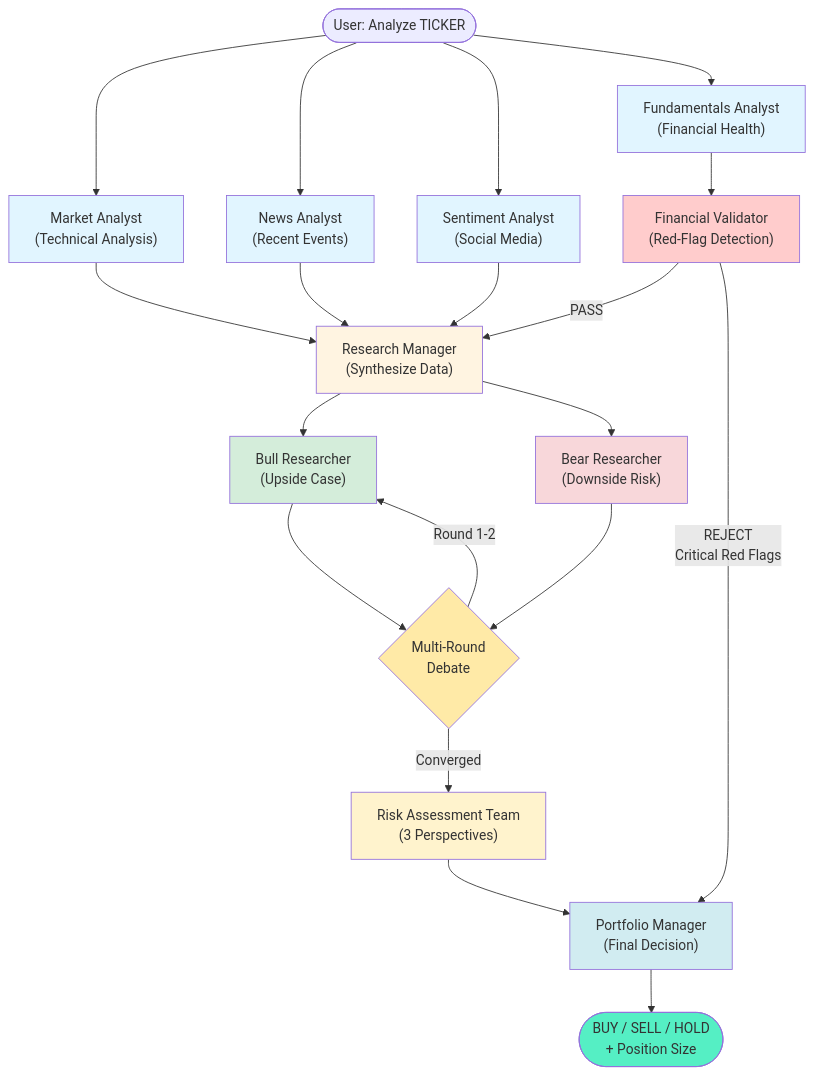
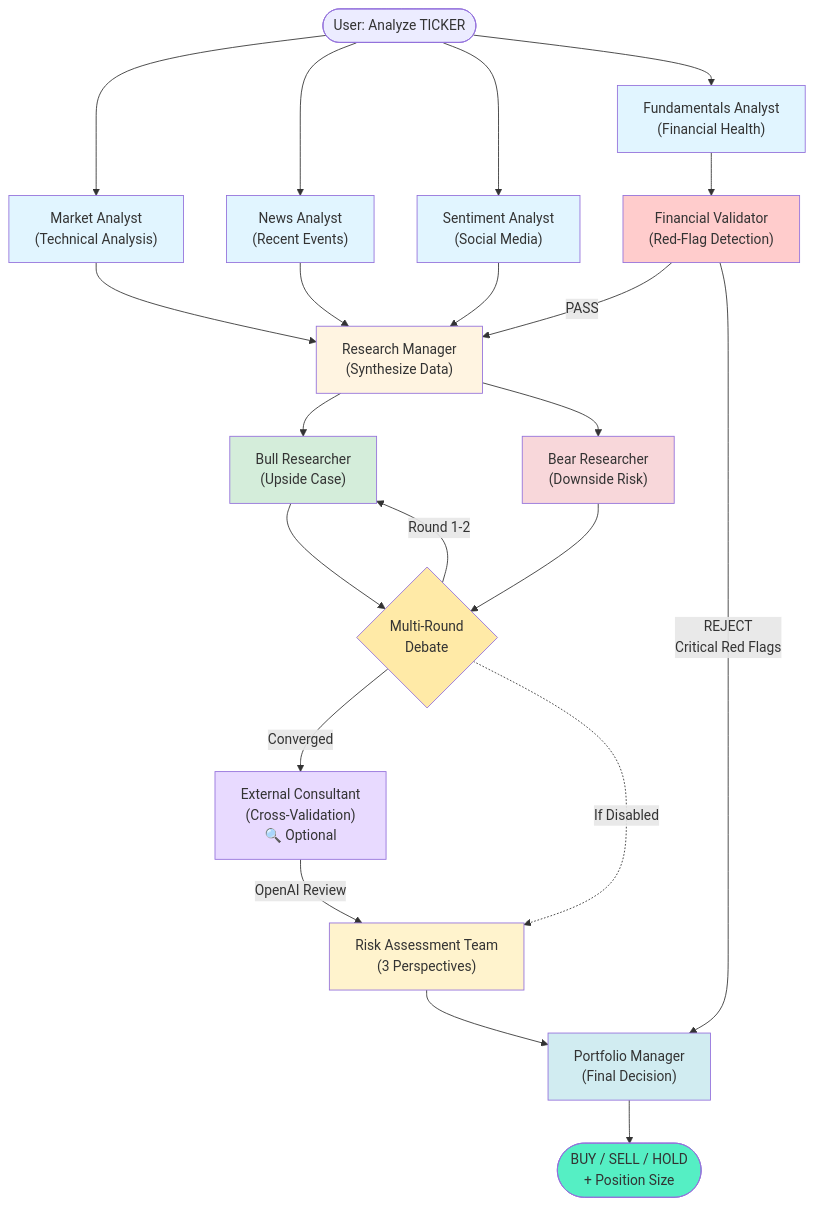
One commit to rgoerwit/ai-investment-agent changed the diagram in README.md. Above: the diagram before and after it, drawn with Mermaid. The commit also changed other lines of this file and 19 other files, not shown here.

````diff
--- a/README.md
+++ b/README.md
@@ -40,41 +40,45 @@
 ```mermaid
 graph TB
     Start([User: Analyze TICKER]) --> MarketAnalyst["Market Analyst<br/>(Technical Analysis)"]
     Start --> NewsAnalyst["News Analyst<br/>(Recent Events)"]
     Start --> SentimentAnalyst["Sentiment Analyst<br/>(Social Media)"]
     Start --> FundamentalsAnalyst["Fundamentals Analyst<br/>(Financial Health)"]
 
     MarketAnalyst --> ResearchManager["Research Manager<br/>(Synthesize Data)"]
     NewsAnalyst --> ResearchManager
     SentimentAnalyst --> ResearchManager
     FundamentalsAnalyst --> Validator["Financial Validator<br/>(Red-Flag Detection)"]
 
     Validator -->|PASS| ResearchManager
     Validator -->|REJECT<br/>Critical Red Flags| PortfolioManager["Portfolio Manager<br/>(Final Decision)"]
 
     ResearchManager --> BullResearcher["Bull Researcher<br/>(Upside Case)"]
     ResearchManager --> BearResearcher["Bear Researcher<br/>(Downside Risk)"]
 
     BullResearcher --> Debate{Multi-Round<br/>Debate}
     BearResearcher --> Debate
 
     Debate -->|Round 1-2| BullResearcher
-    Debate -->|Converged| RiskTeam["Risk Assessment Team<br/>(3 Perspectives)"]
+    Debate -->|Converged| Consultant["External Consultant<br/>(Cross-Validation)<br/>🔍 Optional"]
+
+    Consultant -->|OpenAI Review| RiskTeam["Risk Assessment Team<br/>(3 Perspectives)"]
+    Debate -.->|If Disabled| RiskTeam
 
     RiskTeam --> PortfolioManager
 
     PortfolioManager --> Decision([BUY / SELL / HOLD<br/>+ Position Size])
 
     style MarketAnalyst fill:#e1f5ff
     style NewsAnalyst fill:#e1f5ff
     style SentimentAnalyst fill:#e1f5ff
     style FundamentalsAnalyst fill:#e1f5ff
     style Validator fill:#ffcccc
     style ResearchManager fill:#fff4e1
     style BullResearcher fill:#d4edda
     style BearResearcher fill:#f8d7da
+    style Consultant fill:#e8daff
     style RiskTeam fill:#fff3cd
     style PortfolioManager fill:#d1ecf1
     style Debate fill:#ffeaa7
     style Decision fill:#55efc4
 ```
````
